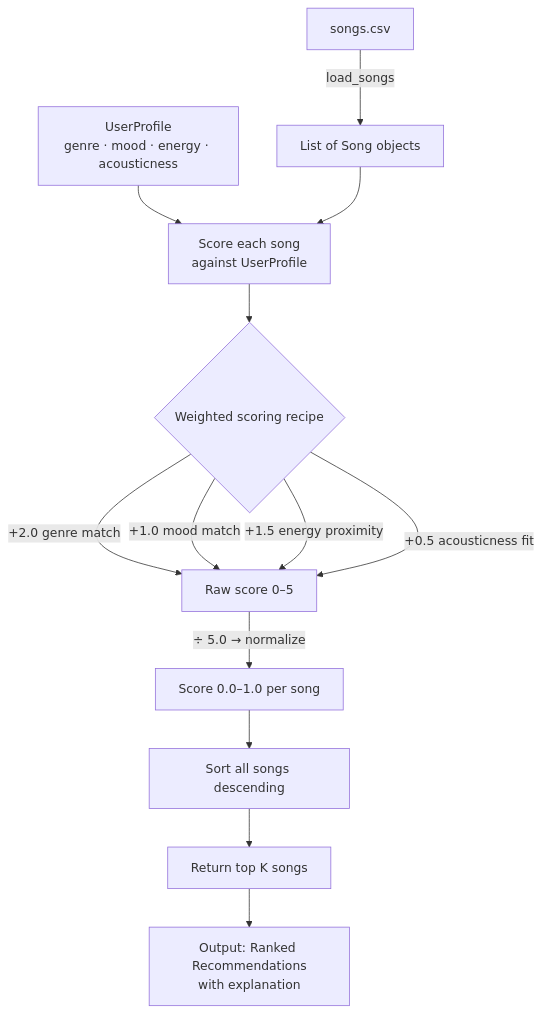
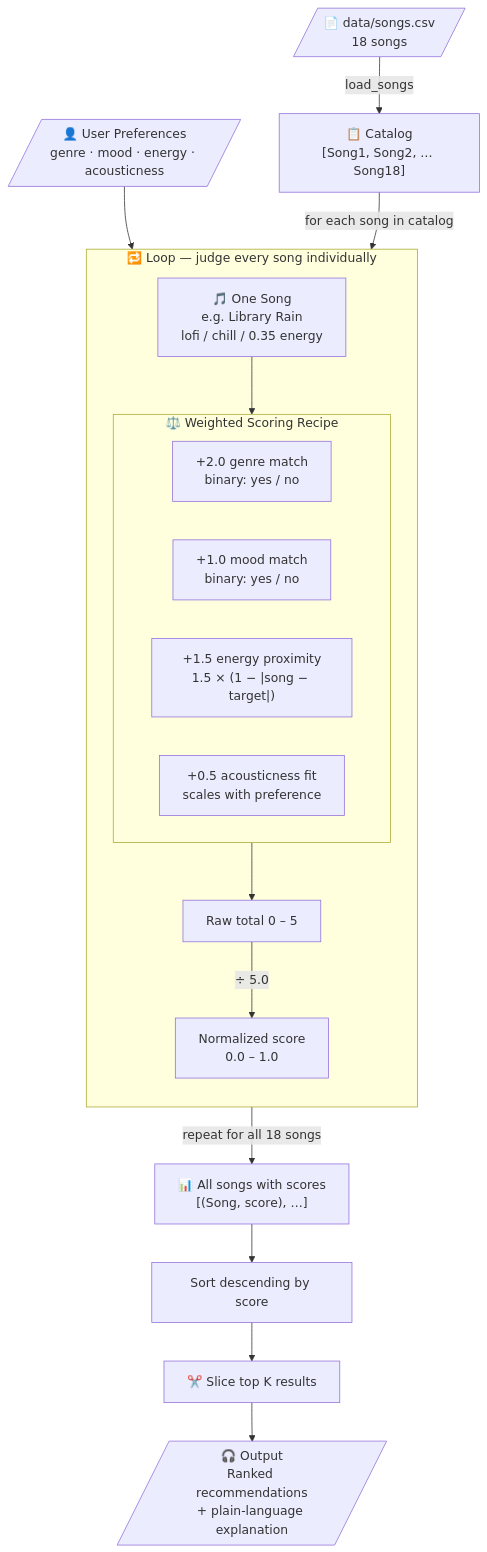
The diagram in README.md (TheCodingHustler/ai110-module3show-musicrecommendersimulation-starter), drawn with Mermaid before and after one commit. The commit also changed other lines of this file, not shown here.

````diff
--- a/README.md
+++ b/README.md
@@ -22,18 +22,26 @@
 ```mermaid
 flowchart TD
-    A[songs.csv] -->|load_songs| B[List of Song objects]
-    C[UserProfile\ngenre · mood · energy · acousticness] --> D
+    A[/"📄 data/songs.csv\n18 songs"/] -->|load_songs| B["📋 Catalog\n[Song1, Song2, … Song18]"]
+    P[/"👤 User Preferences\ngenre · mood · energy · acousticness"/] --> LOOP
 
-    B --> D[Score each song\nagainst UserProfile]
+    B -->|"for each song in catalog"| LOOP
 
-    D --> E{Weighted scoring recipe}
-    E -->|+2.0 genre match| F[Raw score 0–5]
-    E -->|+1.0 mood match| F
-    E -->|+1.5 energy proximity| F
-    E -->|+0.5 acousticness fit| F
+    subgraph LOOP ["🔁 Loop — judge every song individually"]
+        direction TB
+        S["🎵 One Song\ne.g. Library Rain\nlofi / chill / 0.35 energy"] --> SCORE
+        subgraph SCORE ["⚖️ Weighted Scoring Recipe"]
+            direction LR
+            G["+2.0 genre match\nbinary: yes / no"]
+            M["+1.0 mood match\nbinary: yes / no"]
+            EN["+1.5 energy proximity\n1.5 × (1 − |song − target|)"]
+            AC["+0.5 acousticness fit\nscales with preference"]
+        end
+        SCORE --> RAW["Raw total  0 – 5"]
+        RAW -->|"÷ 5.0"| NORM["Normalized score\n0.0 – 1.0"]
+    end
 
-    F -->|÷ 5.0 → normalize| G[Score 0.0–1.0 per song]
-    G --> H[Sort all songs descending]
-    H --> I[Return top K songs]
-    I --> J[Output: Ranked Recommendations\nwith explanation]
+    LOOP -->|"repeat for all 18 songs"| SCORED["📊 All songs with scores\n[(Song, score), …]"]
+    SCORED --> SORT["Sort descending by score"]
+    SORT --> TOPK["✂️ Slice top K results"]
+    TOPK --> OUT[/"🎧 Output\nRanked recommendations\n+ plain-language explanation"/]
 ```
````
